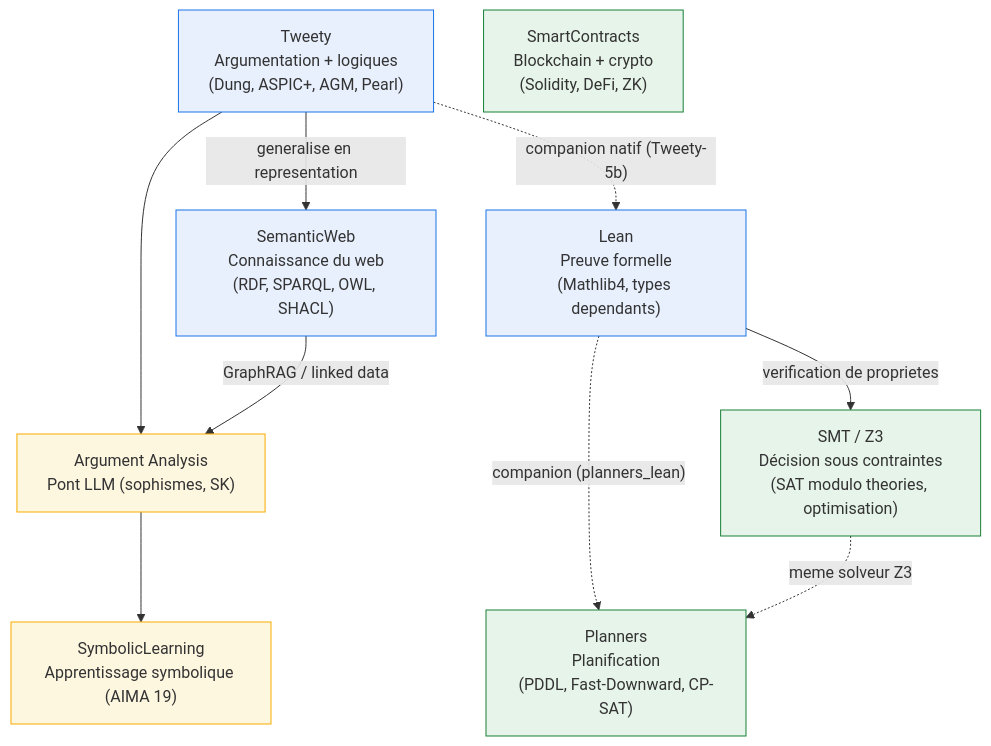
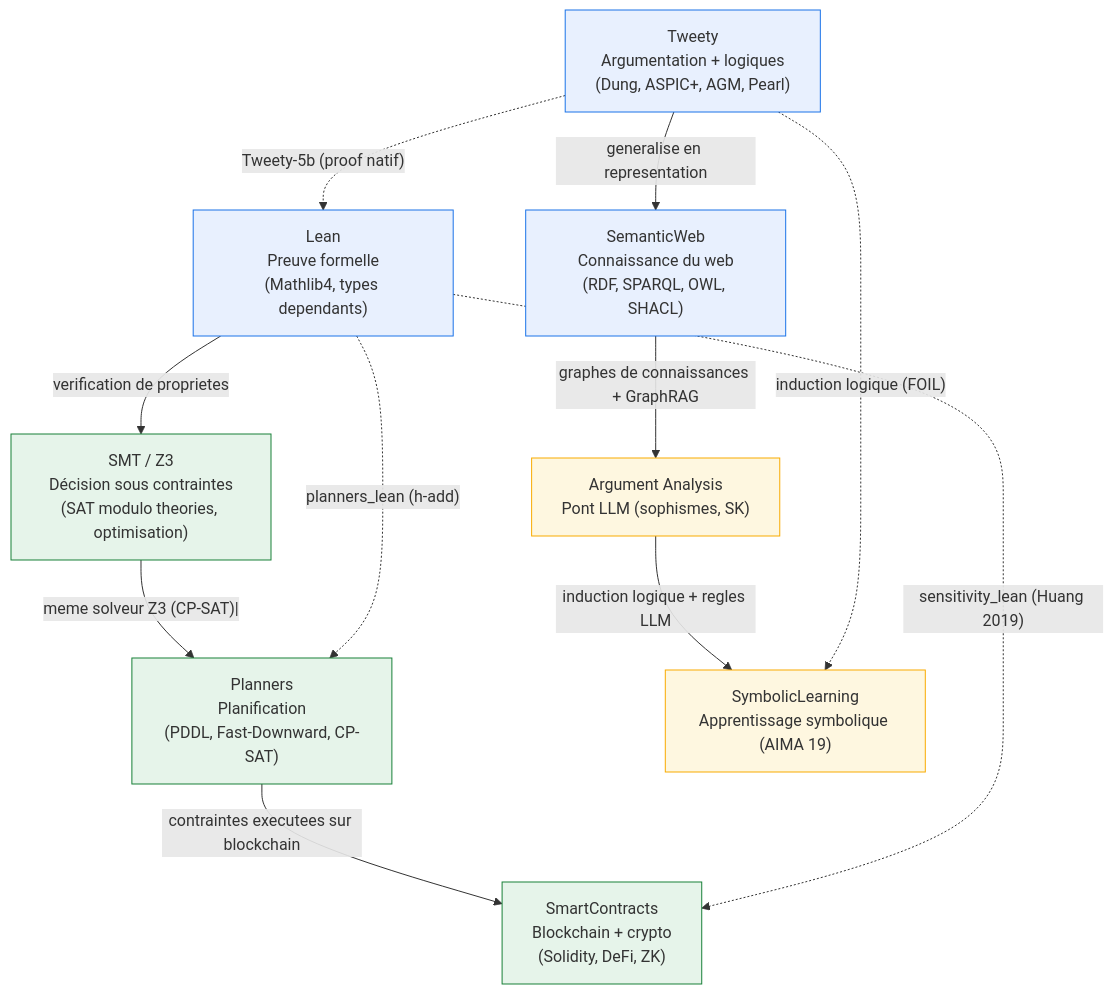
The diagram in MyIA.AI.Notebooks/SymbolicAI/README.md (jsboige/CoursIA), drawn with Mermaid before and after one commit. The commit also changed other lines of this file, not shown here.

Commit message:
docs(symbolicai,#11740): densifier le narratif (intro, carte mermaid, fil rouge) (grain 3)

````diff
--- a/MyIA.AI.Notebooks/SymbolicAI/README.md
+++ b/MyIA.AI.Notebooks/SymbolicAI/README.md
@@ -20,27 +24,32 @@
 ```mermaid
 flowchart TD
     TW["Tweety<br/>Argumentation + logiques<br/>(Dung, ASPIC+, AGM, Pearl)"]
     SW["SemanticWeb<br/>Connaissance du web<br/>(RDF, SPARQL, OWL, SHACL)"]
     LEAN["Lean<br/>Preuve formelle<br/>(Mathlib4, types dependants)"]
     SMT["SMT / Z3<br/>Décision sous contraintes<br/>(SAT modulo theories, optimisation)"]
     PL["Planners<br/>Planification<br/>(PDDL, Fast-Downward, CP-SAT)"]
     SC["SmartContracts<br/>Blockchain + crypto<br/>(Solidity, DeFi, ZK)"]
     AA["Argument Analysis<br/>Pont LLM (sophismes, SK)"]
     SL["SymbolicLearning<br/>Apprentissage symbolique (AIMA 19)"]
 
+    %% Ponts conceptuels (flesches pleines = consommation / généralisation)
     TW -->|"generalise en representation"| SW
-    TW -.->|"companion natif (Tweety-5b)"| LEAN
-    LEAN -.->|"companion (planners_lean)"| PL
-    SMT -.->|"meme solveur Z3"| PL
     LEAN -->|"verification de proprietes"| SMT
-    TW --> AA
-    SW -->|"GraphRAG / linked data"| AA
-    AA --> SL
+    SMT -->|"meme solveur Z3 (CP-SAT)|"| PL
+    PL -->|"contraintes executees sur blockchain"| SC
+    SW -->|"graphes de connaissances + GraphRAG"| AA
+    AA -->|"induction logique + regles LLM"| SL
+
+    %% Ponts par companion (flesches pointillees = notebook natif en Lean)
+    TW -.->|"Tweety-5b (proof natif)"| LEAN
+    LEAN -.->|"planners_lean (h-add)"| PL
+    LEAN -.->|"sensitivity_lean (Huang 2019)"| SC
+    TW -.->|"induction logique (FOIL)"| SL
 
     classDef found fill:#e8f0fe,stroke:#1a73e8
     classDef app fill:#e6f4ea,stroke:#188038
     classDef bridge fill:#fef7e0,stroke:#f9ab00
     class TW,SW,LEAN found
     class SMT,PL,SC app
     class AA,SL bridge
 ```
````
